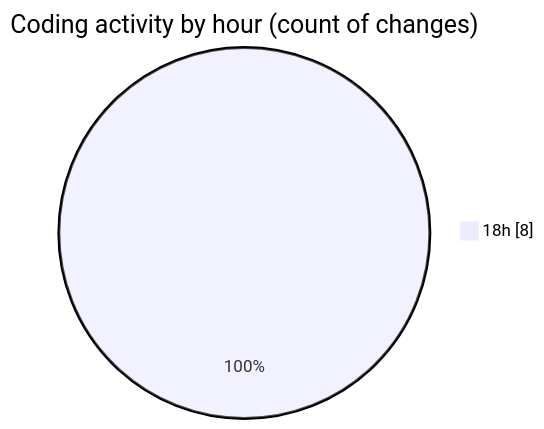
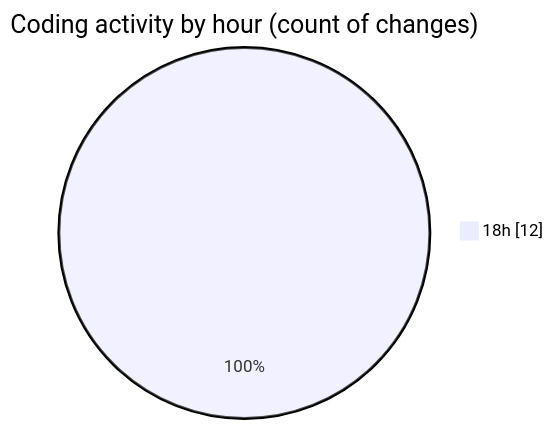
One commit to donsfak/code-tracking changed the second of 2 diagrams in 2025-02-04/maps_clone/README.md. Above: the diagram before and after it, drawn with Mermaid. The commit also changed other lines of this file and 1 other file, not shown here.

````diff
--- a/2025-02-04/maps_clone/README.md
+++ b/2025-02-04/maps_clone/README.md
@@ -31,5 +31,5 @@
 ```mermaid
 pie showData
 title Coding activity by hour (count of changes)
-"18h" : 8
+"18h" : 12
 ```
````
